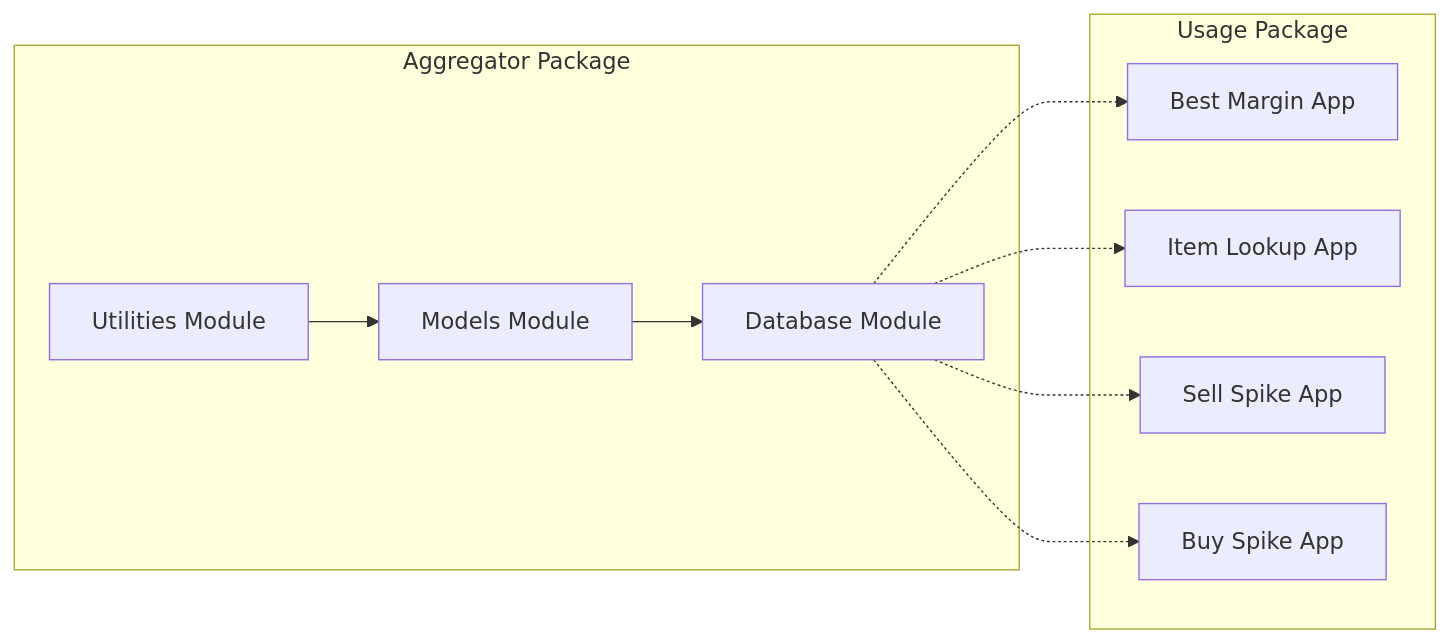
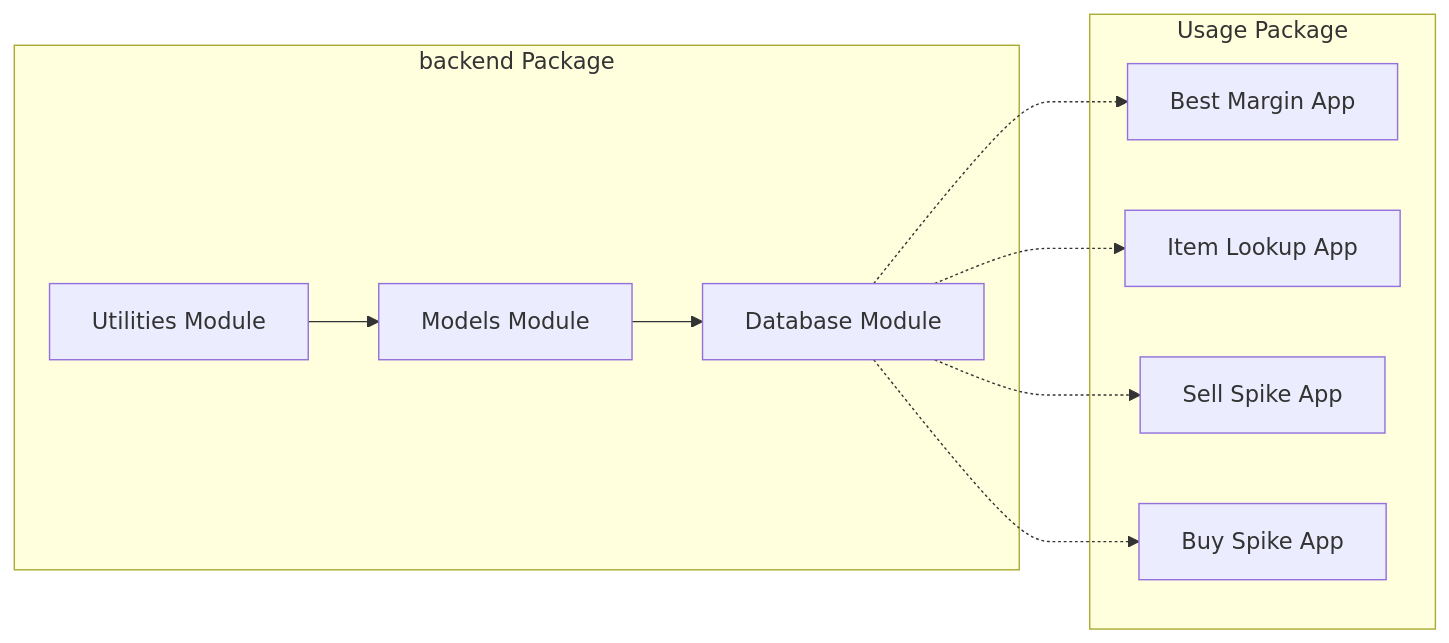
One commit to fisherrjd/osrs_ge changed the first of 3 diagrams in .sop/summary/components.md. Above: the diagram before and after it, drawn with Mermaid. The commit also changed other lines of this file and 34 other files, not shown here.

Commit message:
migrate aggregator -> backend and data_input.py -> item_data.py

````diff
--- a/.sop/summary/components.md
+++ b/.sop/summary/components.md
@@ -5,22 +5,22 @@
 ```mermaid
 graph LR
-    subgraph Aggregator Package
+    subgraph backend Package
         DB[Database Module]
         Models[Models Module]
         Util[Utilities Module]
     end
 
     subgraph Usage Package
         BM[Best Margin App]
         IL[Item Lookup App]
         SS[Sell Spike App]
         BS[Buy Spike App]
     end
 
     Models --> DB
     Util --> Models
     DB -.-> BM
     DB -.-> IL
     DB -.-> SS
     DB -.-> BS
 ```
````
